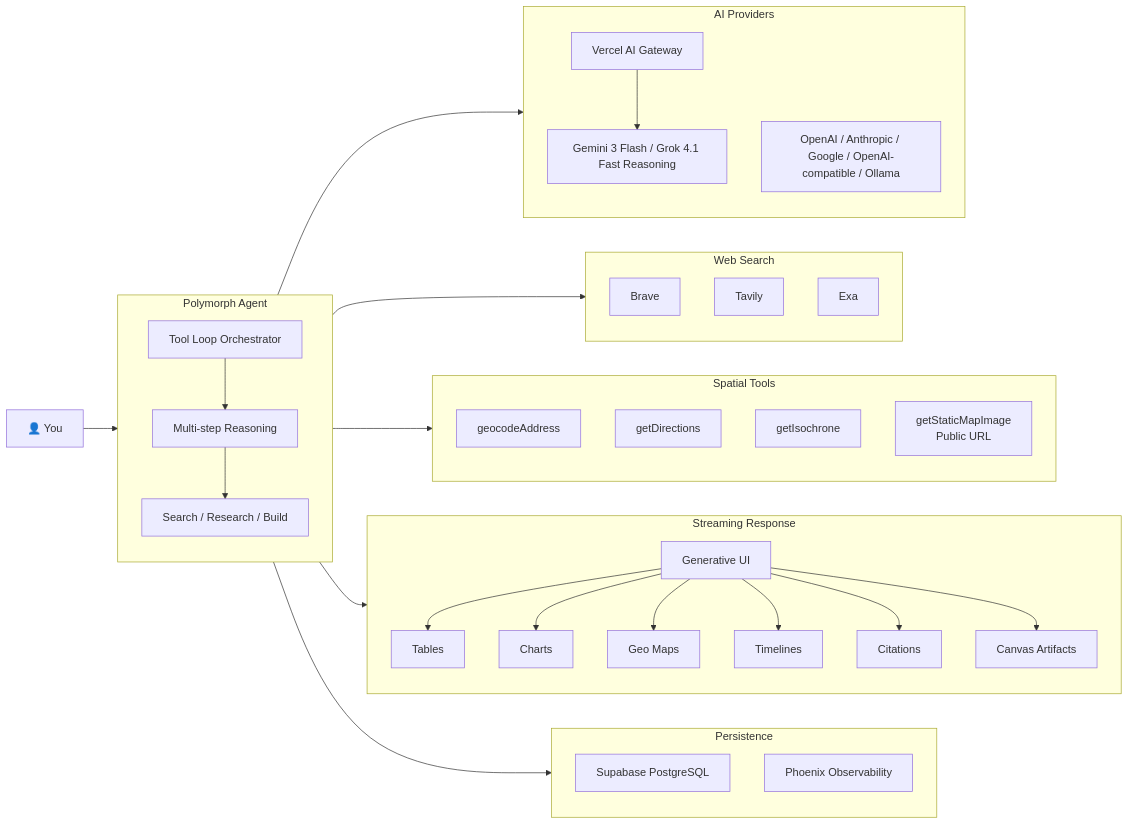
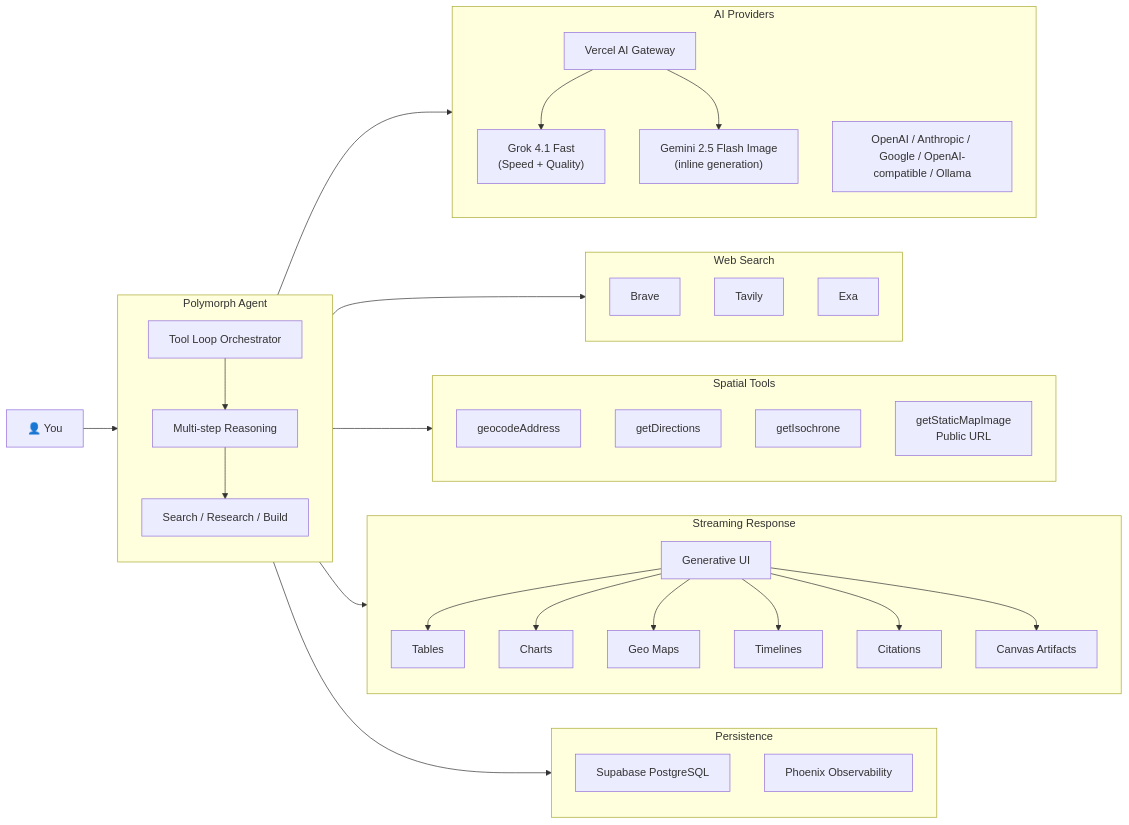
The diagram in README.md (NickB03/polymorph), drawn with Mermaid before and after one commit. The commit also changed other lines of this file and 26 other files, not shown here.

````diff
--- a/README.md
+++ b/README.md
@@ -65,57 +70,59 @@
 ```mermaid
 graph LR
     User["👤 You"]
 
     subgraph Agent["Polymorph Agent"]
         direction TB
         Orchestrator["Tool Loop Orchestrator"]
         Reasoning["Multi-step Reasoning"]
         Modes["Search / Research / Build"]
         Orchestrator --> Reasoning --> Modes
     end
 
     subgraph Providers["AI Providers"]
         direction TB
         Gateway["Vercel AI Gateway"]
-        GatewayModels["Gemini 3 Flash / Grok 4.1 Fast Reasoning"]
+        GatewayModels["Grok 4.1 Fast<br/>(Speed + Quality)"]
+        ImageGen["Gemini 2.5 Flash Image<br/>(inline generation)"]
         Direct["OpenAI / Anthropic / Google / OpenAI-compatible / Ollama"]
         Gateway --> GatewayModels
+        Gateway --> ImageGen
     end
 
     subgraph Search["Web Search"]
         Brave["Brave"]
         Tavily["Tavily"]
         Exa["Exa"]
     end
 
     subgraph Geo["Spatial Tools"]
         Geocode["geocodeAddress"]
         Directions["getDirections"]
         Isochrone["getIsochrone"]
         StaticMap["getStaticMapImage<br/>Public URL"]
     end
 
     subgraph Response["Streaming Response"]
         direction TB
         GenUI["Generative UI"]
         Tables["Tables"]
         Charts["Charts"]
         GeoMaps["Geo Maps"]
         Timelines["Timelines"]
         Citations["Citations"]
         Canvas["Canvas Artifacts"]
         GenUI --> Tables & Charts & GeoMaps & Timelines & Citations & Canvas
     end
 
     subgraph Data["Persistence"]
         Supabase["Supabase PostgreSQL"]
         Phoenix["Phoenix Observability"]
     end
 
     User --> Agent
     Agent --> Providers
     Agent --> Search
     Agent --> Geo
     Agent --> Response
     Agent --> Data
 ```
````
